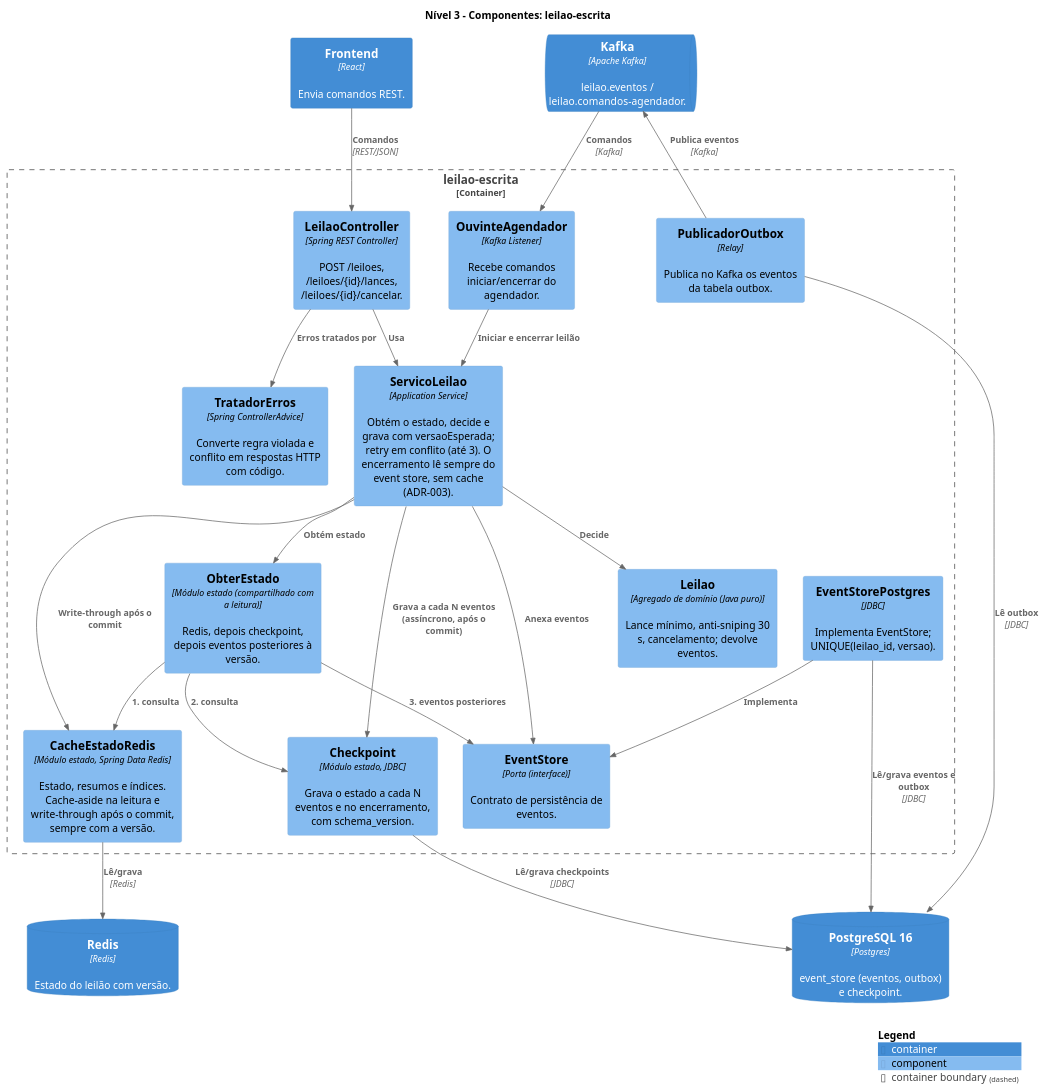
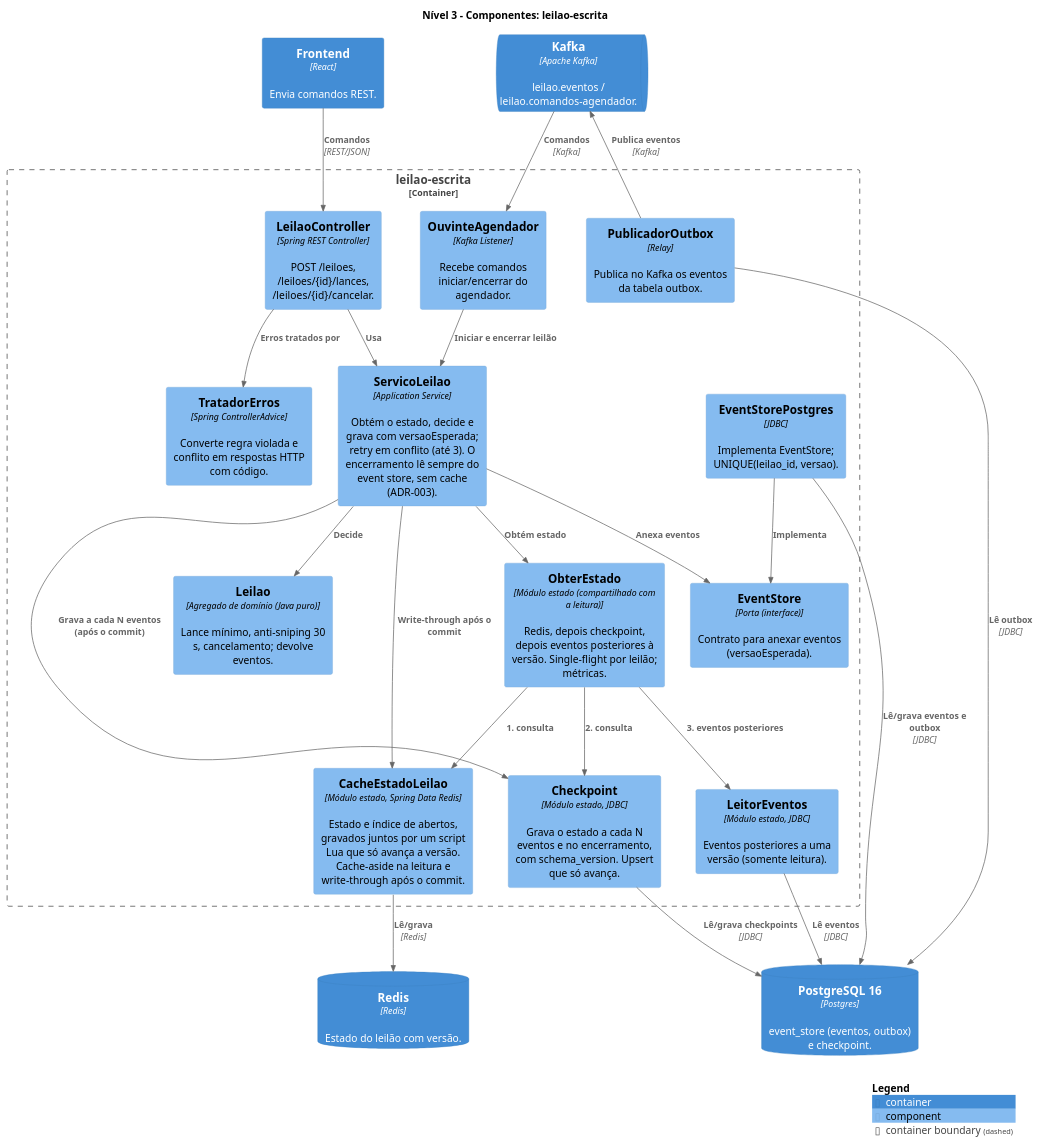
One commit to Rhuan-aa/online_auction changed the diagram in docs/c4/3-componente-escrita/3-componente-escrita.puml. Above: the diagram before and after it, drawn with PlantUML. The commit also changed 7 other files, not shown here.

```diff
--- a/docs/c4/3-componente-escrita/3-componente-escrita.puml
+++ b/docs/c4/3-componente-escrita/3-componente-escrita.puml
@@ -1,46 +1,48 @@
 @startuml 3-componente-escrita
 !include https://raw.githubusercontent.com/plantuml-stdlib/C4-PlantUML/master/C4_Component.puml
 
 title Nível 3 – Componentes: leilao-escrita
 
 ContainerDb(postgres, "PostgreSQL 16", "Postgres", "event_store (eventos, outbox) e checkpoint.")
 ContainerDb(redis, "Redis", "Redis", "Estado do leilão com versão.")
 ContainerQueue(kafka, "Kafka", "Apache Kafka", "leilao.eventos / leilao.comandos-agendador.")
 Container(front, "Frontend", "React", "Envia comandos REST.")
 
 Container_Boundary(escrita, "leilao-escrita") {
   Component(controller, "LeilaoController", "Spring REST Controller", "POST /leiloes, /leiloes/{id}/lances, /leiloes/{id}/cancelar.")
   Component(erros, "TratadorErros", "Spring ControllerAdvice", "Converte regra violada e conflito em respostas HTTP com código.")
   Component(ouvinte, "OuvinteAgendador", "Kafka Listener", "Recebe comandos iniciar/encerrar do agendador.")
   Component(servico, "ServicoLeilao", "Application Service", "Obtém o estado, decide e grava com versaoEsperada; retry em conflito (até 3). O encerramento lê sempre do event store, sem cache (ADR-003).")
-  Component(obter, "ObterEstado", "Módulo estado (compartilhado com a leitura)", "Redis, depois checkpoint, depois eventos posteriores à versão.")
-  Component(porta, "EventStore", "Porta (interface)", "Contrato de persistência de eventos.")
+  Component(obter, "ObterEstado", "Módulo estado (compartilhado com a leitura)", "Redis, depois checkpoint, depois eventos posteriores à versão. Single-flight por leilão; métricas.")
+  Component(porta, "EventStore", "Porta (interface)", "Contrato para anexar eventos (versaoEsperada).")
+  Component(leitor, "LeitorEventos", "Módulo estado, JDBC", "Eventos posteriores a uma versão (somente leitura).")
   Component(dominio, "Leilao", "Agregado de domínio (Java puro)", "Lance mínimo, anti-sniping 30 s, cancelamento; devolve eventos.")
   Component(storepg, "EventStorePostgres", "JDBC", "Implementa EventStore; UNIQUE(leilao_id, versao).")
   Component(outbox, "PublicadorOutbox", "Relay", "Publica no Kafka os eventos da tabela outbox.")
-  Component(checkpoint, "Checkpoint", "Módulo estado, JDBC", "Grava o estado a cada N eventos e no encerramento, com schema_version.")
-  Component(cache, "CacheEstadoRedis", "Módulo estado, Spring Data Redis", "Estado, resumos e índices. Cache-aside na leitura e write-through após o commit, sempre com a versão.")
+  Component(checkpoint, "Checkpoint", "Módulo estado, JDBC", "Grava o estado a cada N eventos e no encerramento, com schema_version. Upsert que só avança.")
+  Component(cache, "CacheEstadoLeilao", "Módulo estado, Spring Data Redis", "Estado e índice de abertos, gravados juntos por um script Lua que só avança a versão. Cache-aside na leitura e write-through após o commit.")
 }
 
 Rel(front, controller, "Comandos", "REST/JSON")
 Rel(controller, servico, "Usa")
 Rel(controller, erros, "Erros tratados por")
 Rel(kafka, ouvinte, "Comandos", "Kafka")
 Rel(ouvinte, servico, "Iniciar e encerrar leilão")
 Rel(servico, obter, "Obtém estado")
 Rel(servico, dominio, "Decide")
 Rel(servico, porta, "Anexa eventos")
 Rel(obter, cache, "1. consulta")
 Rel(obter, checkpoint, "2. consulta")
-Rel(obter, porta, "3. eventos posteriores")
+Rel(obter, leitor, "3. eventos posteriores")
 Rel(servico, cache, "Write-through após o commit")
-Rel(servico, checkpoint, "Grava a cada N eventos (assíncrono, após o commit)")
+Rel(servico, checkpoint, "Grava a cada N eventos (após o commit)")
 Rel(storepg, porta, "Implementa")
 Rel(storepg, postgres, "Lê/grava eventos e outbox", "JDBC")
 Rel(checkpoint, postgres, "Lê/grava checkpoints", "JDBC")
+Rel(leitor, postgres, "Lê eventos", "JDBC")
 Rel(cache, redis, "Lê/grava", "Redis")
 Rel(outbox, postgres, "Lê outbox", "JDBC")
 Rel(outbox, kafka, "Publica eventos", "Kafka")
 
 SHOW_LEGEND()
 @enduml
```
